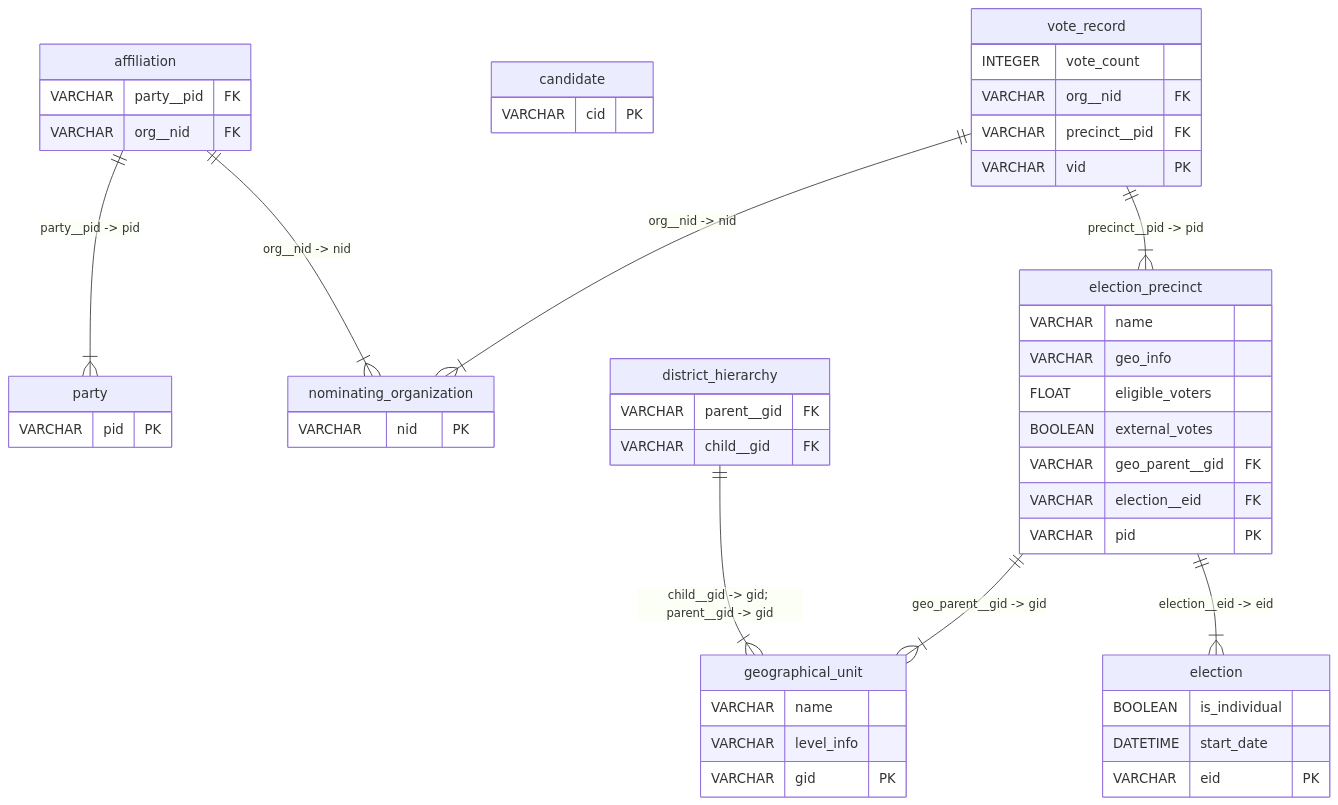
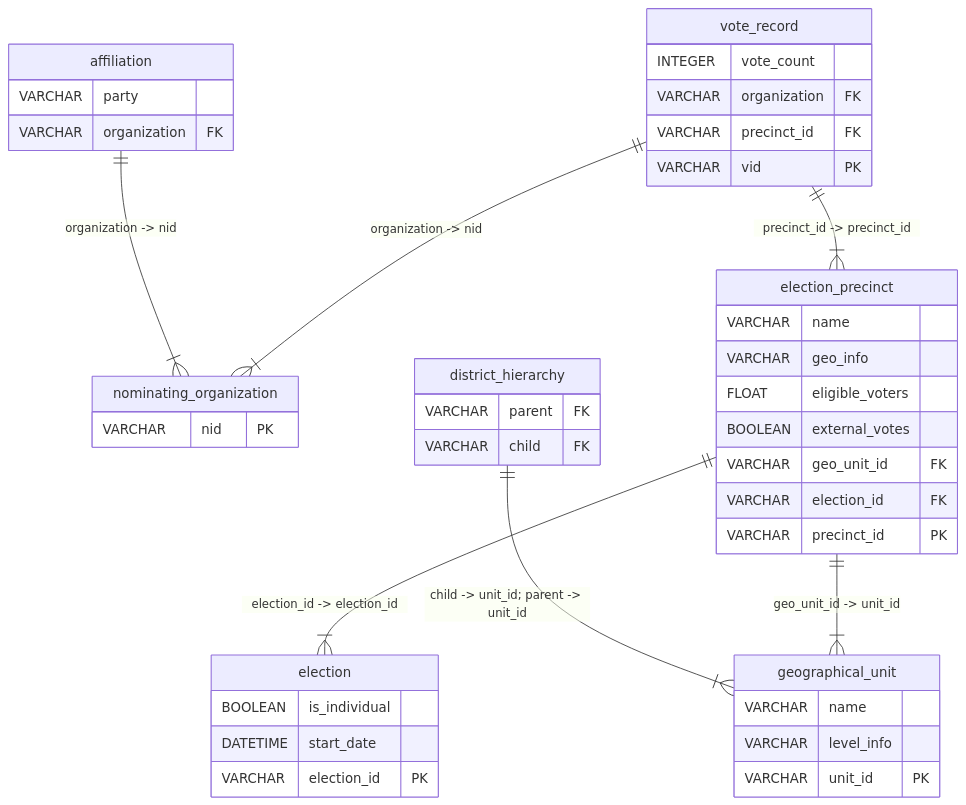
Before and after one commit to sscu-budapest/explorer-tutorial: the diagram in book/dataset-pages/hungarian_elections.md, drawn with Mermaid. The commit also changed other lines of this file and 4 other files, not shown here.

````diff
--- a/book/dataset-pages/hungarian_elections.md
+++ b/book/dataset-pages/hungarian_elections.md
@@ -11,52 +11,45 @@
 ```{mermaid}
 erDiagram
   affiliation {    
-    VARCHAR party__pid FK     
-    VARCHAR org__nid FK 
-  }
-  party {    
-    VARCHAR pid PK 
+    VARCHAR party      
+    VARCHAR organization FK 
   }
   nominating_organization {    
     VARCHAR nid PK 
   }
-  candidate {    
-    VARCHAR cid PK 
-  }
   district_hierarchy {    
-    VARCHAR parent__gid FK     
-    VARCHAR child__gid FK 
+    VARCHAR parent FK     
+    VARCHAR child FK 
   }
   geographical_unit {    
     VARCHAR name      
     VARCHAR level_info      
-    VARCHAR gid PK 
+    VARCHAR unit_id PK 
   }
   election {    
     BOOLEAN is_individual      
     DATETIME start_date      
-    VARCHAR eid PK 
+    VARCHAR election_id PK 
   }
   election_precinct {    
     VARCHAR name      
     VARCHAR geo_info      
     FLOAT eligible_voters      
     BOOLEAN external_votes      
-    VARCHAR geo_parent__gid FK     
-    VARCHAR election__eid FK     
-    VARCHAR pid PK 
+    VARCHAR geo_unit_id FK     
+    VARCHAR election_id FK     
+    VARCHAR precinct_id PK 
   }
   vote_record {    
     INTEGER vote_count      
-    VARCHAR org__nid FK     
-    VARCHAR precinct__pid FK     
+    VARCHAR organization FK     
+    VARCHAR precinct_id FK     
     VARCHAR vid PK 
   }
-  affiliation ||--|{ party : "party__pid -> pid"
-  affiliation ||--|{ nominating_organization : "org__nid -> nid"
-  district_hierarchy ||--|{ geographical_unit : "child__gid -> gid; parent__gid -> gid"
-  election_precinct ||--|{ geographical_unit : "geo_parent__gid -> gid"
-  election_precinct ||--|{ election : "election__eid -> eid"
-  vote_record ||--|{ election_precinct : "precinct__pid -> pid"
-  vote_record ||--|{ nominating_organization : "org__nid -> nid"
+  affiliation ||--|{ nominating_organization : "organization -> nid"
+  district_hierarchy ||--|{ geographical_unit : "child -> unit_id; parent -> unit_id"
+  election_precinct ||--|{ election : "election_id -> election_id"
+  election_precinct ||--|{ geographical_unit : "geo_unit_id -> unit_id"
+  vote_record ||--|{ nominating_organization : "organization -> nid"
+  vote_record ||--|{ election_precinct : "precinct_id -> precinct_id"
 ```
````
